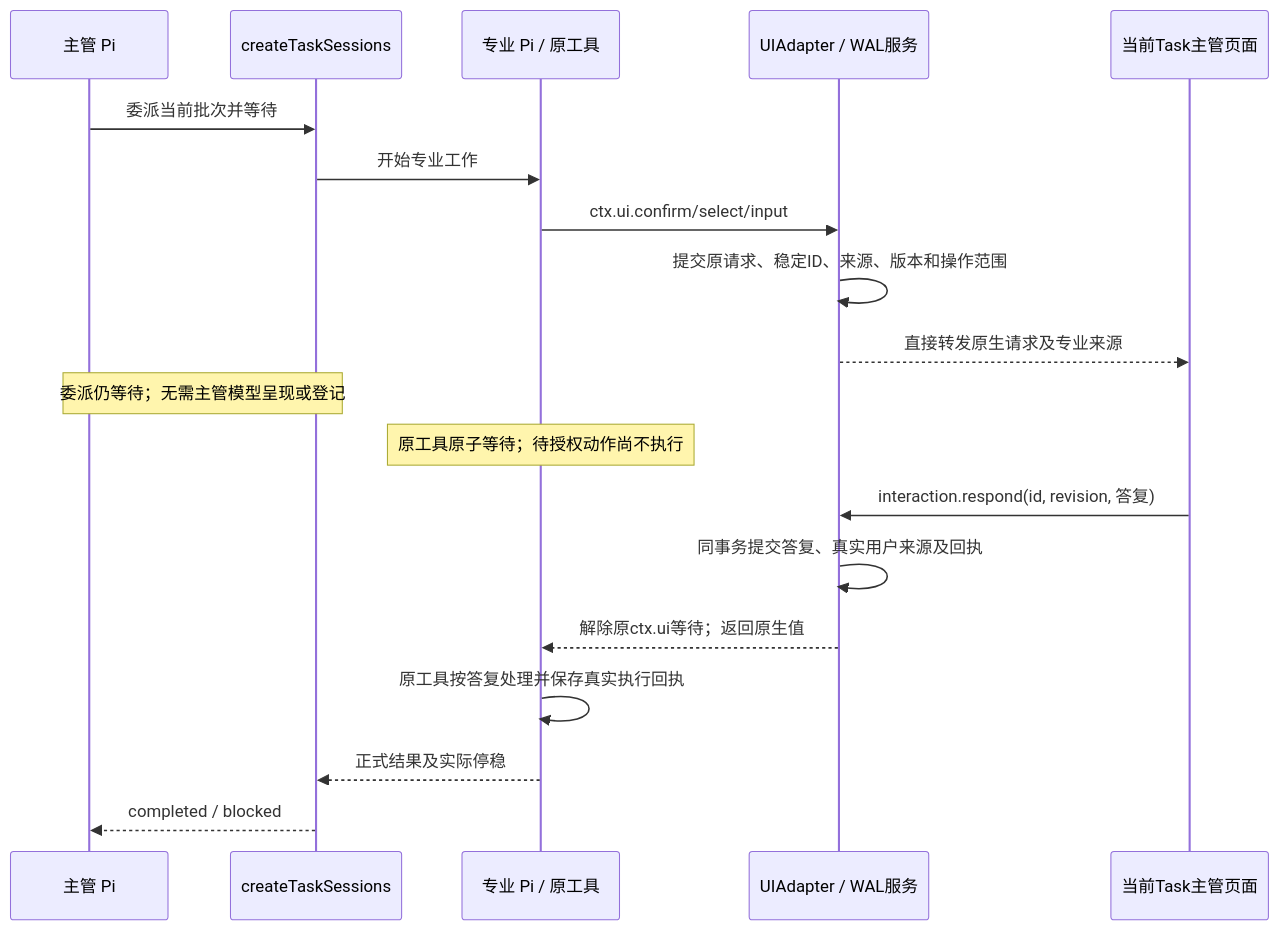
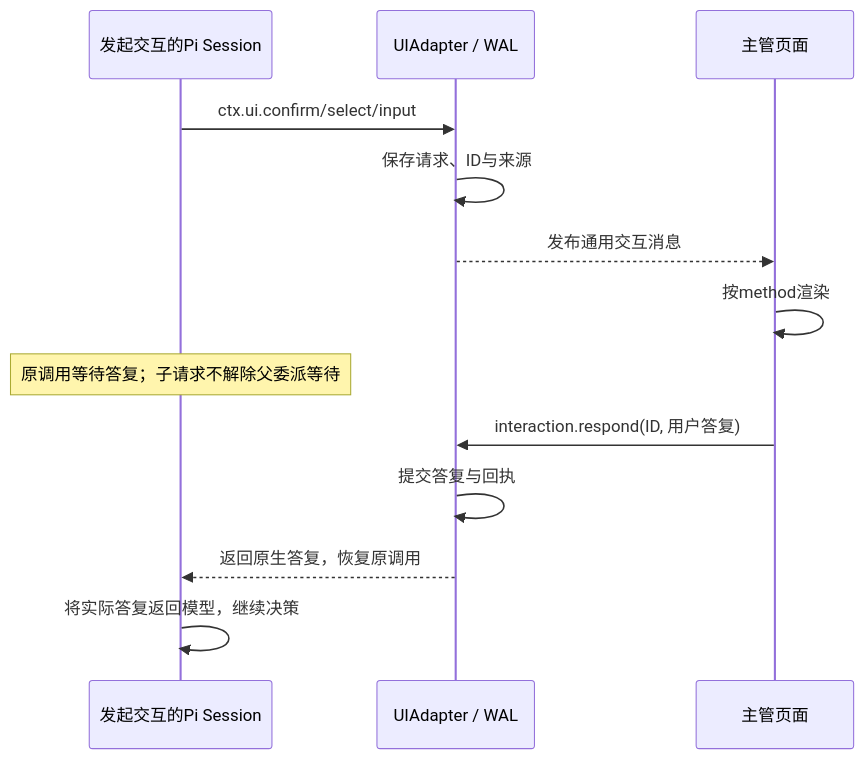
The third of 3 diagrams in docs/technicalnew/messaging-and-collaboration.md (mojiaicrypto-ops/Kaiming), drawn with Mermaid before and after one commit. The commit also changed other lines of this file and 15 other files, not shown here.

````diff
--- a/docs/technicalnew/messaging-and-collaboration.md
+++ b/docs/technicalnew/messaging-and-collaboration.md
@@ -156,21 +156,15 @@
 ```mermaid
 sequenceDiagram
-  participant C as 主管 Pi
-  participant W as createTaskSessions
-  participant S as 专业 Pi / 原工具
-  participant I as UIAdapter / WAL服务
-  participant UI as 当前Task主管页面
-  C->>W: 委派当前批次并等待
-  W->>S: 开始专业工作
-  S->>I: ctx.ui.confirm/select/input
-  I->>I: 提交原请求、稳定ID、来源、版本和操作范围
-  I-->>UI: 直接转发原生请求及专业来源
-  Note over C,W: 委派仍等待；无需主管模型呈现或登记
-  Note over S: 原工具原子等待；待授权动作尚不执行
-  UI->>I: interaction.respond(id, revision, 答复)
-  I->>I: 同事务提交答复、真实用户来源及回执
-  I-->>S: 解除原ctx.ui等待；返回原生值
-  S->>S: 原工具按答复处理并保存真实执行回执
-  S-->>W: 正式结果及实际停稳
-  W-->>C: completed / blocked
+  participant P as 发起交互的Pi Session
+  participant H as UIAdapter / WAL
+  participant U as 主管页面
+  P->>H: ctx.ui.confirm/select/input
+  H->>H: 保存请求、ID与来源
+  H-->>U: 发布通用交互消息
+  U->>U: 按method渲染
+  Note over P: 原调用等待答复；子请求不解除父委派等待
+  U->>H: interaction.respond(ID, 用户答复)
+  H->>H: 提交答复与回执
+  H-->>P: 返回原生答复，恢复原调用
+  P->>P: 将实际答复返回模型，继续决策
 ```
````
